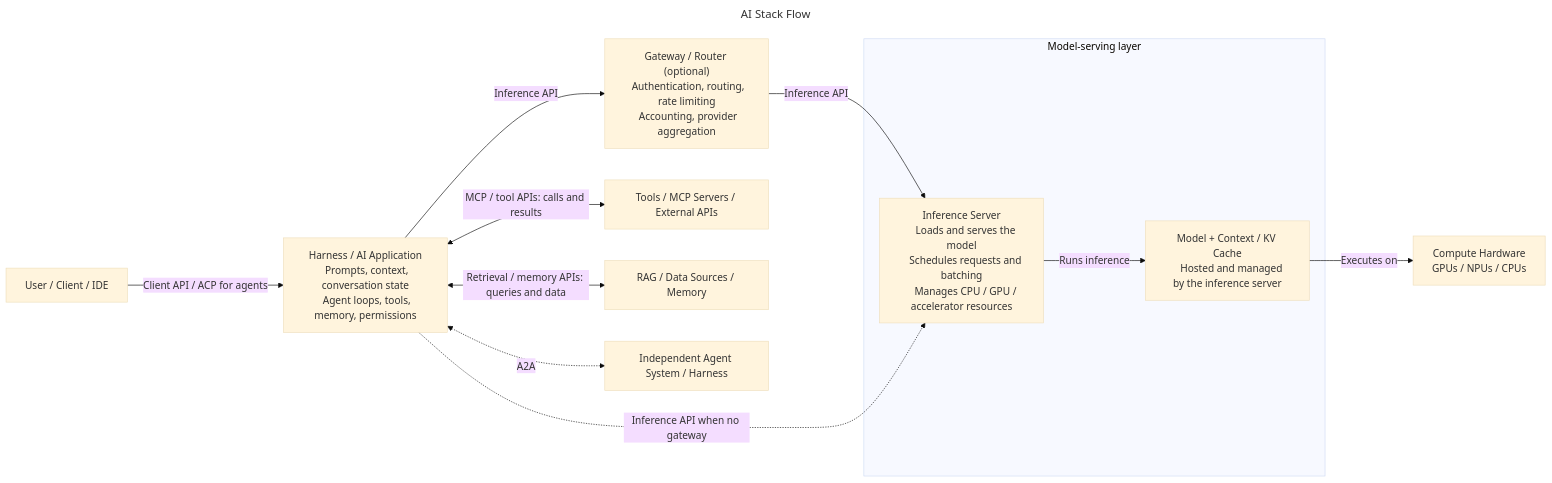
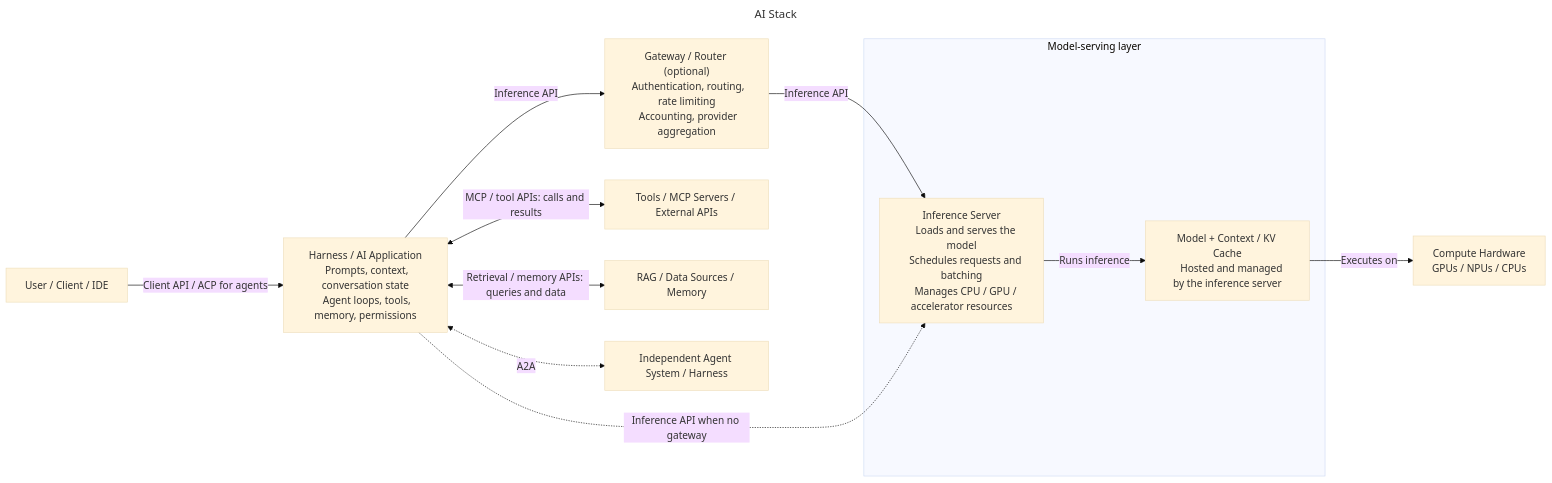
Before and after one commit to mcgheee/AI_02H: the diagram in AI_Stack.md, drawn with Mermaid (base theme). The commit also changed other lines of this file and 1 other file, not shown here.

````diff
--- a/AI_Stack.md
+++ b/AI_Stack.md
@@ -5,36 +5,36 @@
 ```mermaid
 ---
-title: AI Stack Flow
+title: AI Stack
 ---
 flowchart LR
   client["User / Client / IDE"]
   harness["Harness / AI Application
   Prompts, context, conversation state
   Agent loops, tools, memory, permissions"]
   gateway["Gateway / Router (optional)
   Authentication, routing, rate limiting
   Accounting, provider aggregation"]
   subgraph serving["Model-serving layer"]
     server["Inference Server
     Loads and serves the model
     Schedules requests and batching
     Manages CPU / GPU / accelerator resources"]
     model["Model + Context / KV Cache
     Hosted and managed by the inference server"]
     server -->|Runs inference| model
   end
   hardware["Compute Hardware
   GPUs / NPUs / CPUs"]
   tools["Tools / MCP Servers / External APIs"]
   data["RAG / Data Sources / Memory"]
   peer["Independent Agent System / Harness"]
 
   client -->|Client API / ACP for agents| harness
   harness -->|Inference API| gateway
   gateway -->|Inference API| server
   harness -.->|Inference API when no gateway| server
   model -->|Executes on| hardware
   harness <-->|MCP / tool APIs: calls and results| tools
   harness <-->|Retrieval / memory APIs: queries and data| data
   harness <-.->|A2A| peer
 ```
````
